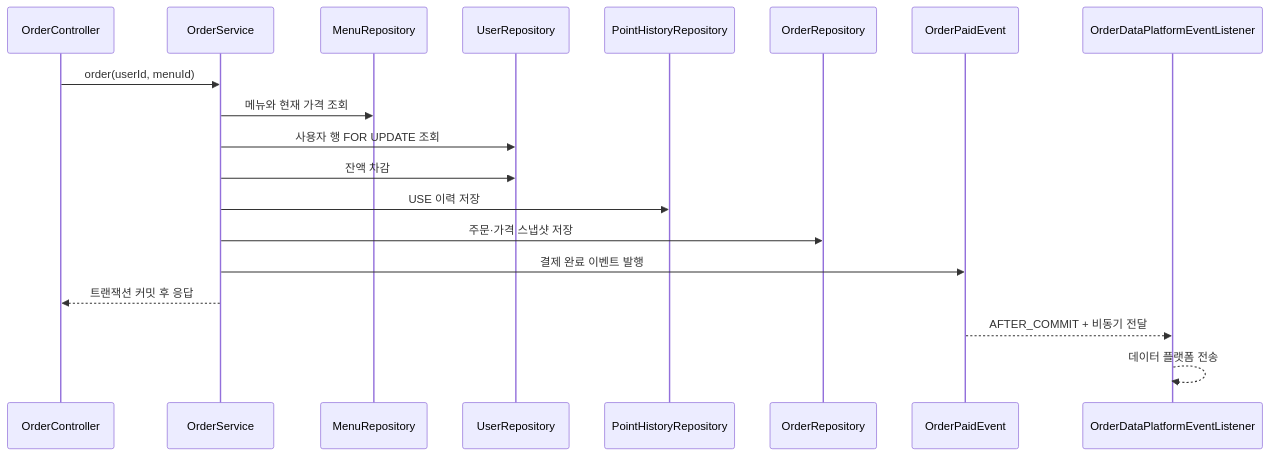
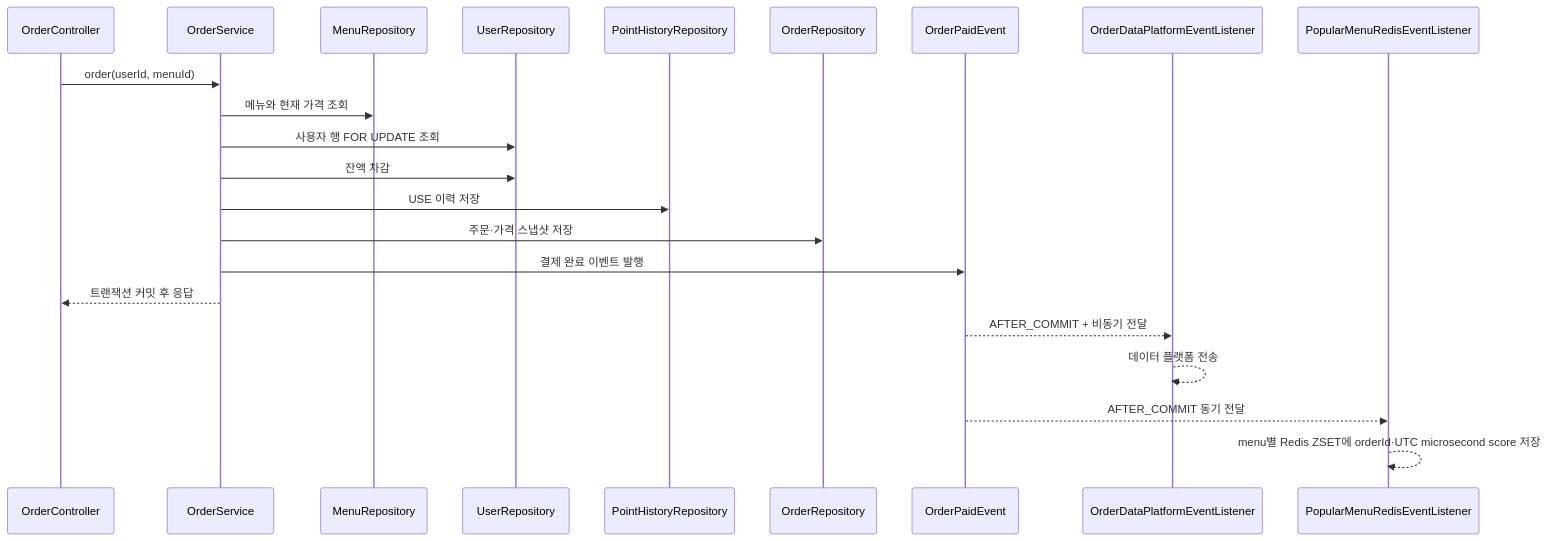
One commit to beyejin/coffee-order-system changed the first of 2 diagrams in ARCHITECTURE.md. Above: the diagram before and after it, drawn with Mermaid. The commit also changed other lines of this file and 8 other files, not shown here.

````diff
--- a/ARCHITECTURE.md
+++ b/ARCHITECTURE.md
@@ -19,22 +20,25 @@
 ```mermaid
 sequenceDiagram
     participant API as OrderController
     participant Order as OrderService
     participant Menu as MenuRepository
     participant User as UserRepository
     participant Point as PointHistoryRepository
     participant Orders as OrderRepository
     participant Event as OrderPaidEvent
     participant Platform as OrderDataPlatformEventListener
+    participant Ranking as PopularMenuRedisEventListener
 
     API->>Order: order(userId, menuId)
     Order->>Menu: 메뉴와 현재 가격 조회
     Order->>User: 사용자 행 FOR UPDATE 조회
     Order->>User: 잔액 차감
     Order->>Point: USE 이력 저장
     Order->>Orders: 주문·가격 스냅샷 저장
     Order->>Event: 결제 완료 이벤트 발행
     Order-->>API: 트랜잭션 커밋 후 응답
     Event-->>Platform: AFTER_COMMIT + 비동기 전달
     Platform-->>Platform: 데이터 플랫폼 전송
+    Event-->>Ranking: AFTER_COMMIT 동기 전달
+    Ranking-->>Ranking: menu별 Redis ZSET에 orderId·UTC microsecond score 저장
 ```
````
